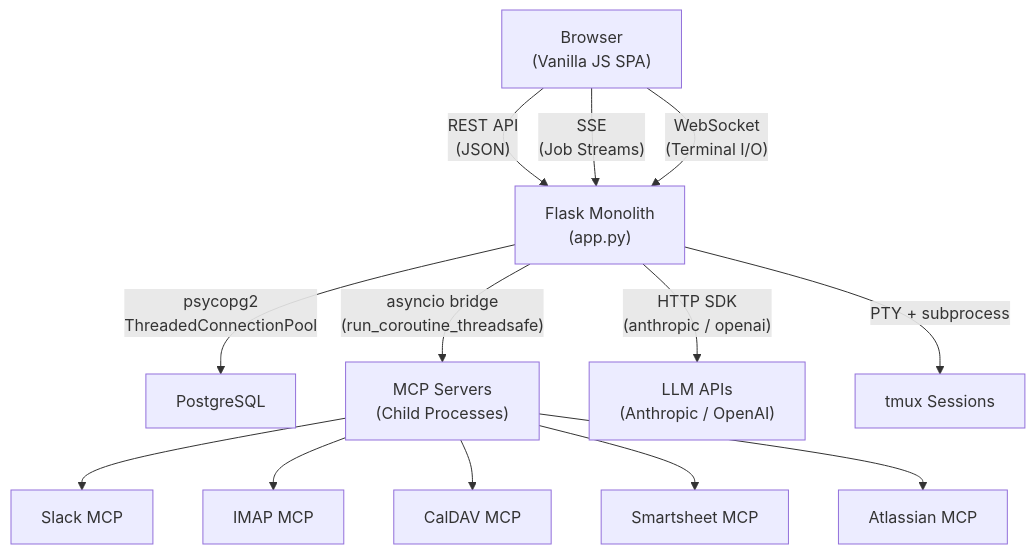
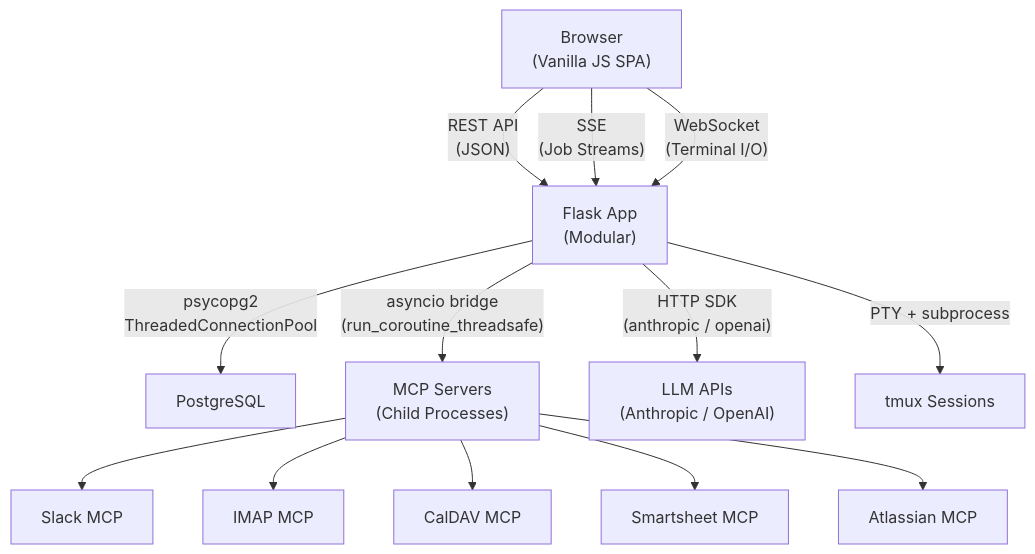
Before and after one commit to xbenng/todo-app: the first of 2 diagrams in docs/architecture-overview.md, drawn with Mermaid. The commit also changed other lines of this file and 4 other files, not shown here.

First line of the commit message:
Update architecture docs to reflect all implemented improvements

````diff
--- a/docs/architecture-overview.md
+++ b/docs/architecture-overview.md
@@ -25,21 +25,21 @@
 ```mermaid
 graph TD
     Browser["Browser<br/>(Vanilla JS SPA)"]
 
     Browser -- "REST API<br/>(JSON)" --> Flask
     Browser -- "SSE<br/>(Job Streams)" --> Flask
     Browser -- "WebSocket<br/>(Terminal I/O)" --> Flask
 
-    Flask["Flask Monolith<br/>(app.py)"]
+    Flask["Flask App<br/>(Modular)"]
 
     Flask -- "psycopg2<br/>ThreadedConnectionPool" --> PG["PostgreSQL"]
     Flask -- "asyncio bridge<br/>(run_coroutine_threadsafe)" --> MCP["MCP Servers<br/>(Child Processes)"]
     Flask -- "HTTP SDK<br/>(anthropic / openai)" --> LLM["LLM APIs<br/>(Anthropic / OpenAI)"]
     Flask -- "PTY + subprocess" --> Tmux["tmux Sessions"]
 
     MCP --> Slack["Slack MCP"]
     MCP --> IMAP["IMAP MCP"]
     MCP --> CalDAV["CalDAV MCP"]
     MCP --> Smartsheet["Smartsheet MCP"]
     MCP --> Atlassian["Atlassian MCP"]
 ```
````
